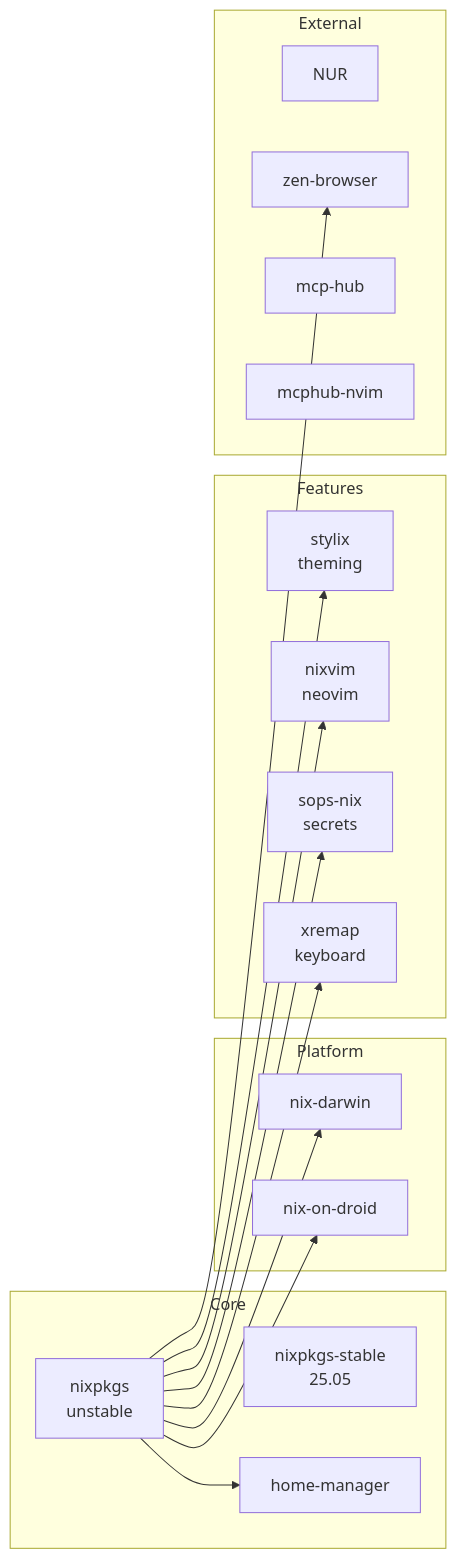
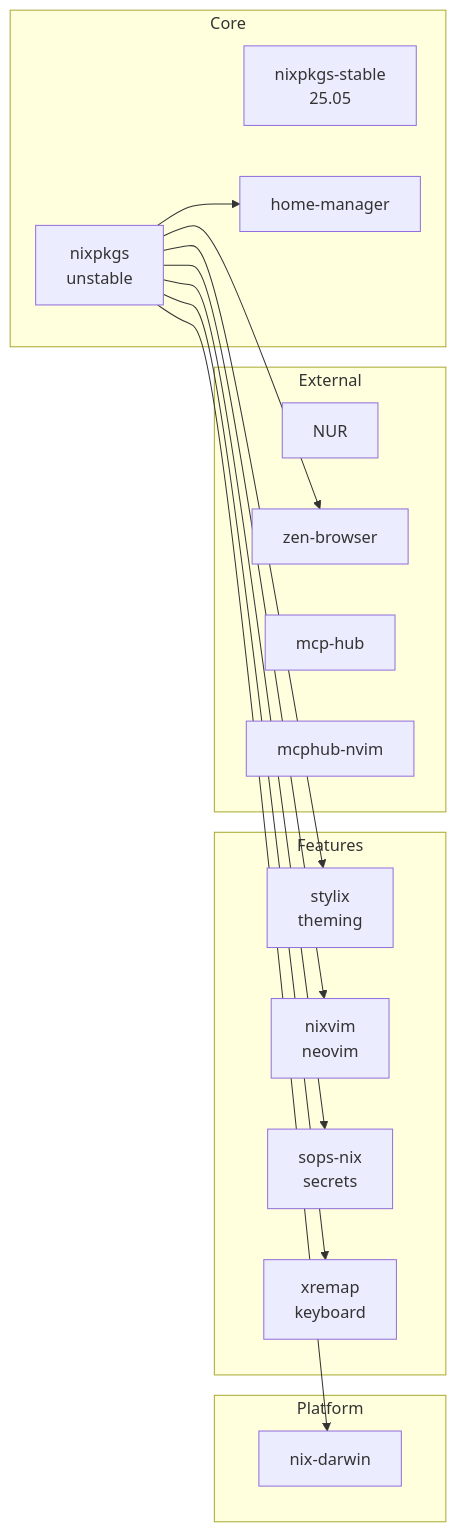
The third of 14 diagrams in docs/ARCHITECTURE.md (idjoo/dotfiles), drawn with Mermaid before and after one commit. The commit also changed other lines of this file and 3 other files, not shown here.

````diff
--- a/docs/ARCHITECTURE.md
+++ b/docs/ARCHITECTURE.md
@@ -93,36 +83,34 @@
 ```mermaid
 graph LR
     subgraph "Core"
         NP[nixpkgs<br/>unstable]
         NPS[nixpkgs-stable<br/>25.05]
         HM[home-manager]
     end
 
     subgraph "Platform"
         ND[nix-darwin]
-        NOD[nix-on-droid]
     end
 
     subgraph "Features"
         ST[stylix<br/>theming]
         NV[nixvim<br/>neovim]
         SOPS[sops-nix<br/>secrets]
         XR[xremap<br/>keyboard]
     end
 
     subgraph "External"
         NUR[NUR]
         ZB[zen-browser]
         MCP[mcp-hub]
         MCPN[mcphub-nvim]
     end
 
     NP --> HM
     NP --> ND
-    NP --> NOD
     NP --> ST
     NP --> NV
     NP --> SOPS
     NP --> XR
     NP --> ZB
 ```
````
